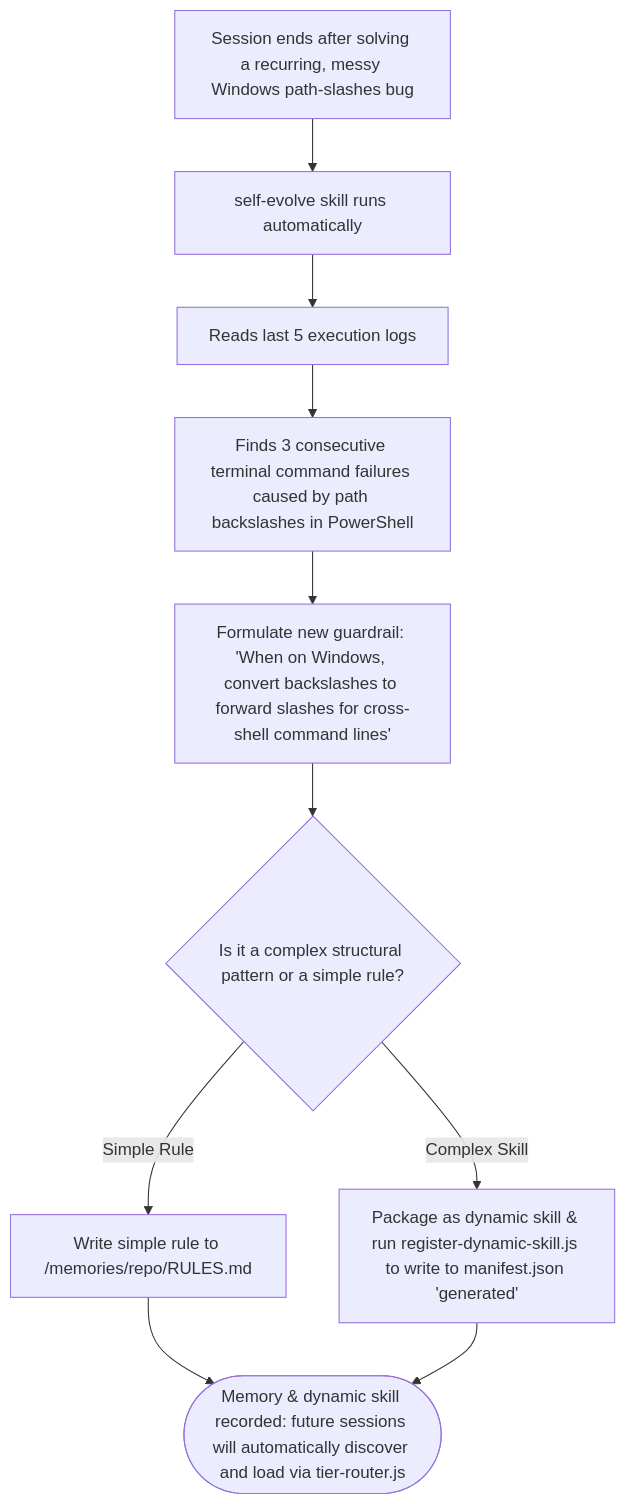
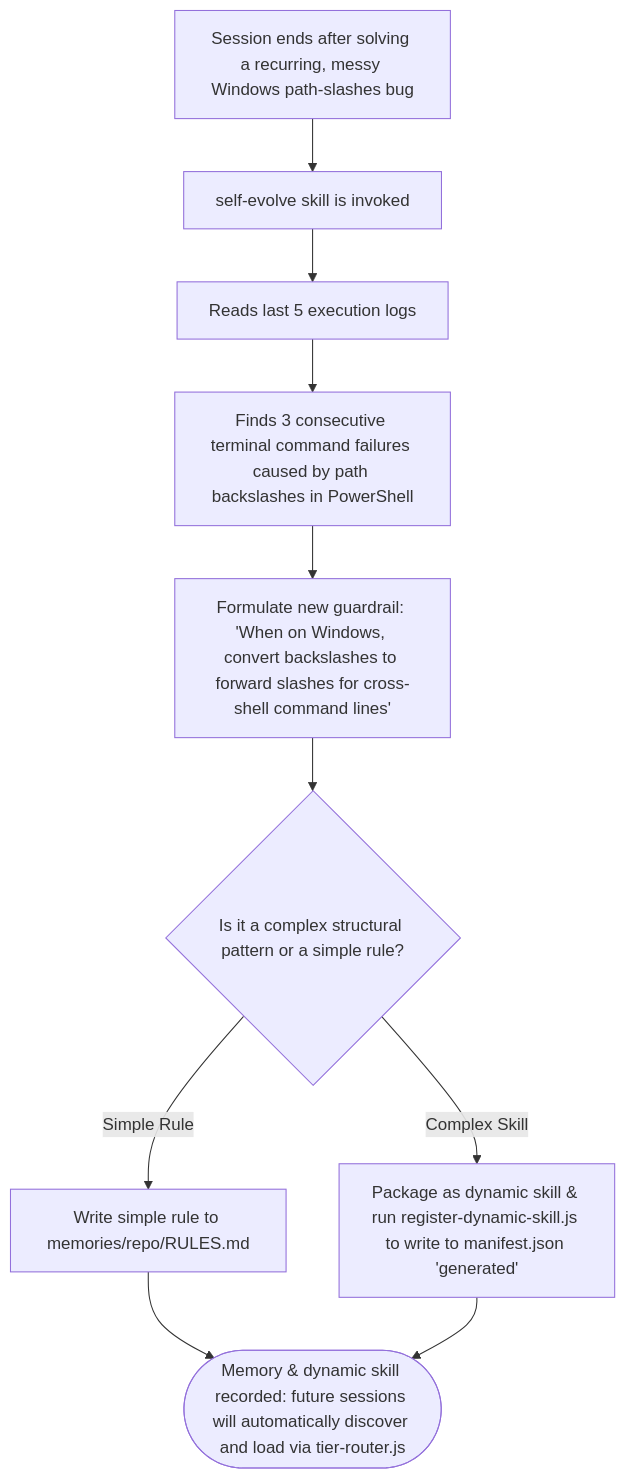
Before and after one commit to dyphn1/Harness-everything: the third of 3 diagrams in docs/workflows/self-evolve.md, drawn with Mermaid. The commit also changed other lines of this file and 59 other files, not shown here.

````diff
--- a/docs/workflows/self-evolve.md
+++ b/docs/workflows/self-evolve.md
@@ -50,12 +50,12 @@
 ```mermaid
 graph TD
-  Start["Session ends after solving a recurring, messy Windows path-slashes bug"] --> Trigger["self-evolve skill runs automatically"]
+  Start["Session ends after solving a recurring, messy Windows path-slashes bug"] --> Trigger["self-evolve skill is invoked"]
   Trigger --> Analyze["Reads last 5 execution logs"]
   Analyze --> DetectPattern["Finds 3 consecutive terminal command failures caused by path backslashes in PowerShell"]
   DetectPattern --> Formulate["Formulate new guardrail: 'When on Windows, convert backslashes to forward slashes for cross-shell command lines'"]
   Formulate --> Decide{"Is it a complex structural pattern or a simple rule?"}
-  Decide -->|Simple Rule| Write["Write simple rule to /memories/repo/RULES.md"]
+  Decide -->|Simple Rule| Write["Write simple rule to memories/repo/RULES.md"]
   Decide -->|Complex Skill| Register["Package as dynamic skill & run register-dynamic-skill.js to write to manifest.json 'generated'"]
   Write --> Done([Memory recorded: future sessions will automatically avoid errors])
   Register --> Done([Memory & dynamic skill recorded: future sessions will automatically discover and load via tier-router.js])
 ```
````
